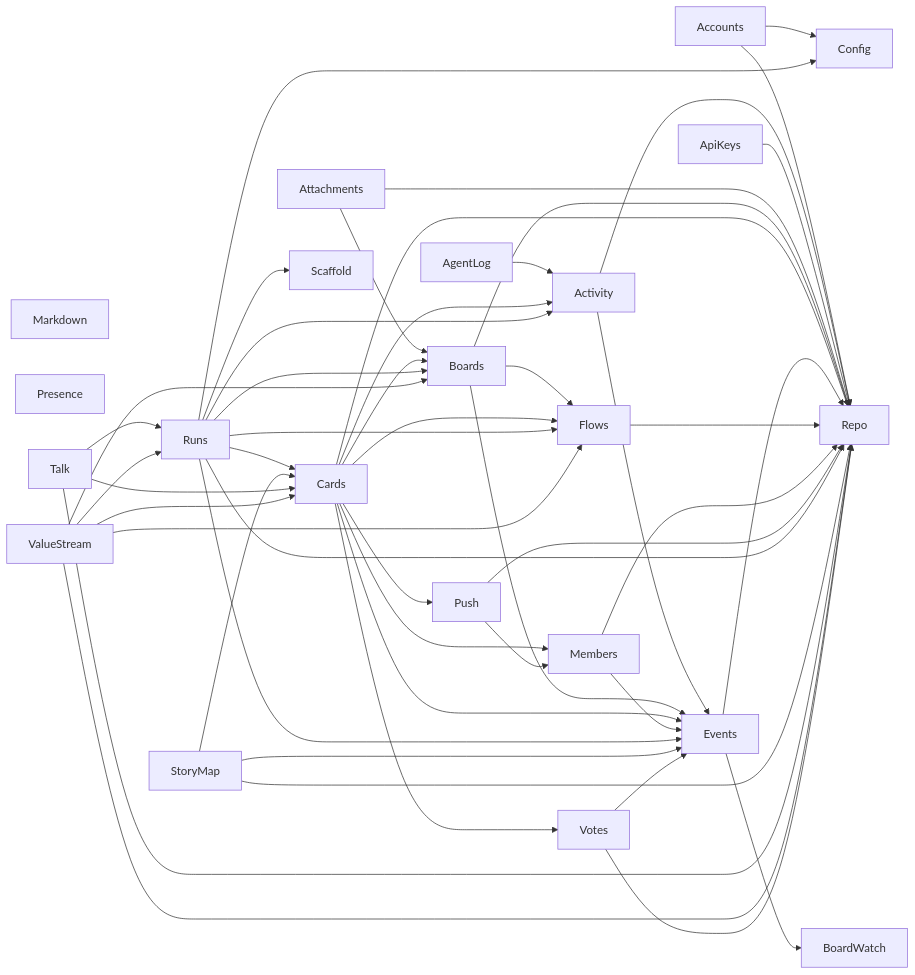
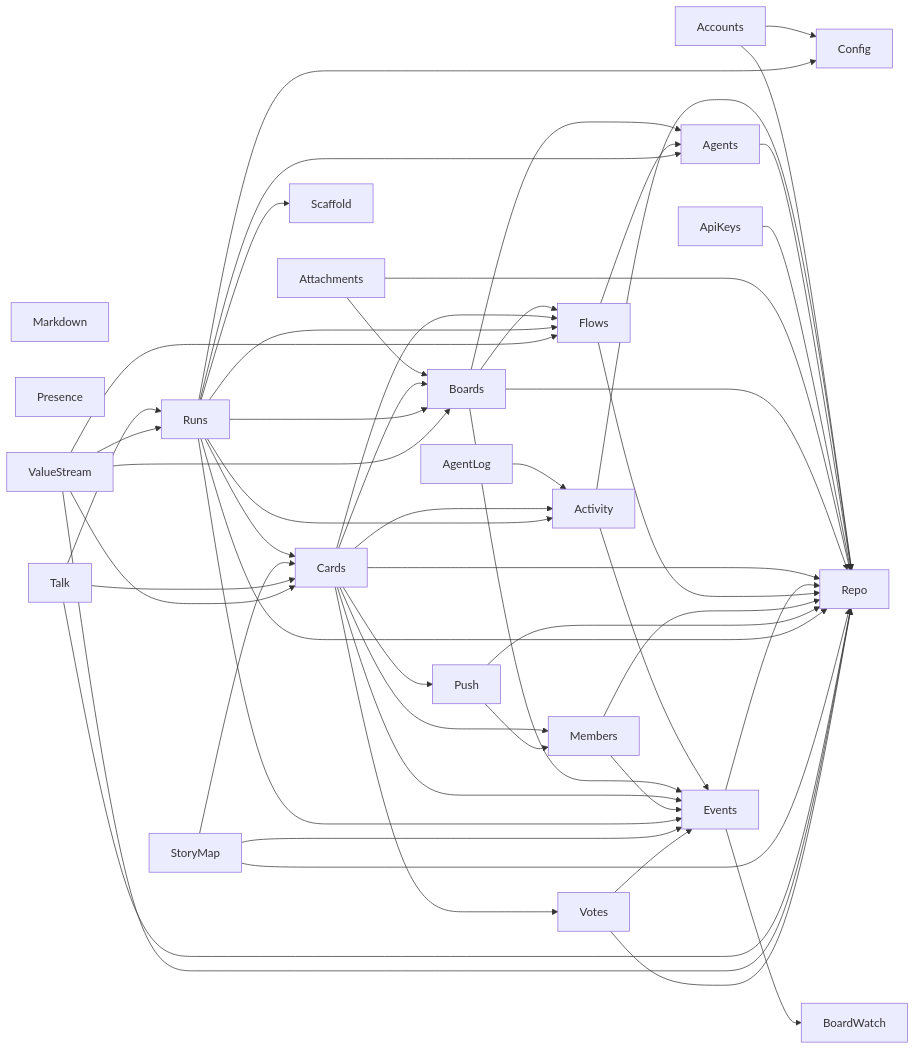
Before and after one commit to jeremylightsmith/relay: the second of 2 diagrams in docs/architecture/deps.md, drawn with Mermaid. The commit also changed 65 other files, not shown here.

````diff
--- a/docs/architecture/deps.md
+++ b/docs/architecture/deps.md
@@ -29,52 +29,56 @@
 ```mermaid
 flowchart LR
     Markdown
     Presence
     Accounts --> Config
     Accounts --> Repo
     Activity --> Events
     Activity --> Repo
     AgentLog --> Activity
+    Agents --> Repo
     ApiKeys --> Repo
     Attachments --> Boards
     Attachments --> Repo
+    Boards --> Agents
     Boards --> Events
     Boards --> Flows
     Boards --> Repo
     Cards --> Activity
     Cards --> Boards
     Cards --> Events
     Cards --> Flows
     Cards --> Members
     Cards --> Push
     Cards --> Repo
     Cards --> Votes
     Events --> BoardWatch
     Events --> Repo
+    Flows --> Agents
     Flows --> Repo
     Members --> Events
     Members --> Repo
     Push --> Members
     Push --> Repo
     Runs --> Activity
+    Runs --> Agents
     Runs --> Boards
     Runs --> Cards
     Runs --> Config
     Runs --> Events
     Runs --> Flows
     Runs --> Repo
     Runs --> Scaffold
     StoryMap --> Cards
     StoryMap --> Events
     StoryMap --> Repo
     Talk --> Cards
     Talk --> Repo
     Talk --> Runs
     ValueStream --> Boards
     ValueStream --> Cards
     ValueStream --> Flows
     ValueStream --> Repo
     ValueStream --> Runs
     Votes --> Events
     Votes --> Repo
 ```
````
